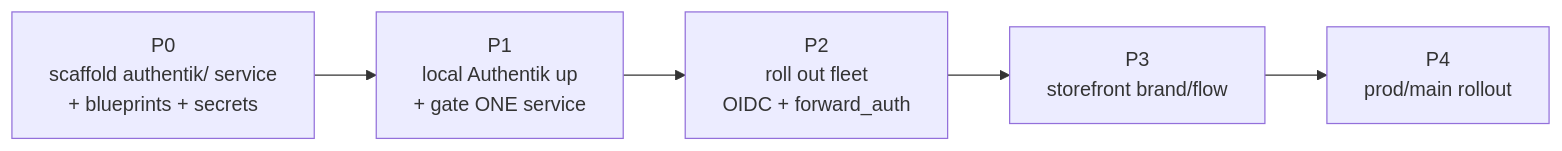
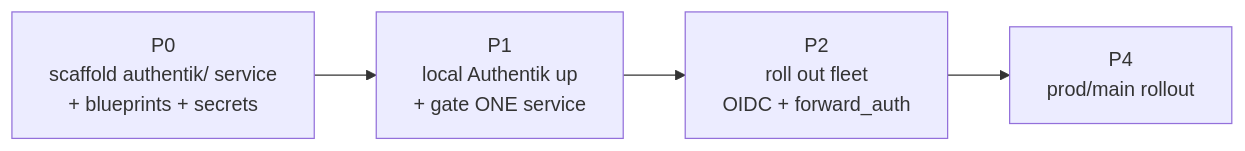
One commit to uhstray-io/agent-cloud changed the first of 2 diagrams in plan/development/02-sso-auth.md. Above: the diagram before and after it, drawn with Mermaid. The commit also changed other lines of this file and 16 other files, not shown here.

````diff
--- a/plan/development/02-sso-auth.md
+++ b/plan/development/02-sso-auth.md
@@ -43,7 +42,6 @@
 ```mermaid
 flowchart LR
   P0[P0<br/>scaffold authentik/ service<br/>+ blueprints + secrets] --> P1[P1<br/>local Authentik up<br/>+ gate ONE service]
   P1 --> P2[P2<br/>roll out fleet<br/>OIDC + forward_auth]
-  P2 --> P3[P3<br/>storefront brand/flow]
-  P3 --> P4[P4<br/>prod/main rollout]
+  P2 --> P4[P4<br/>prod/main rollout]
 ```
````
